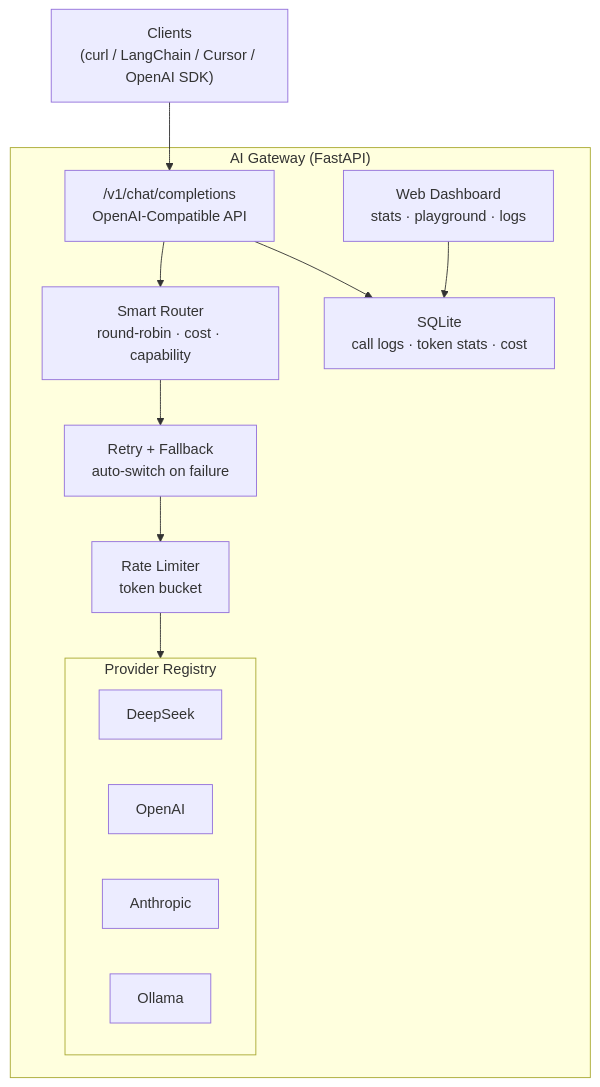
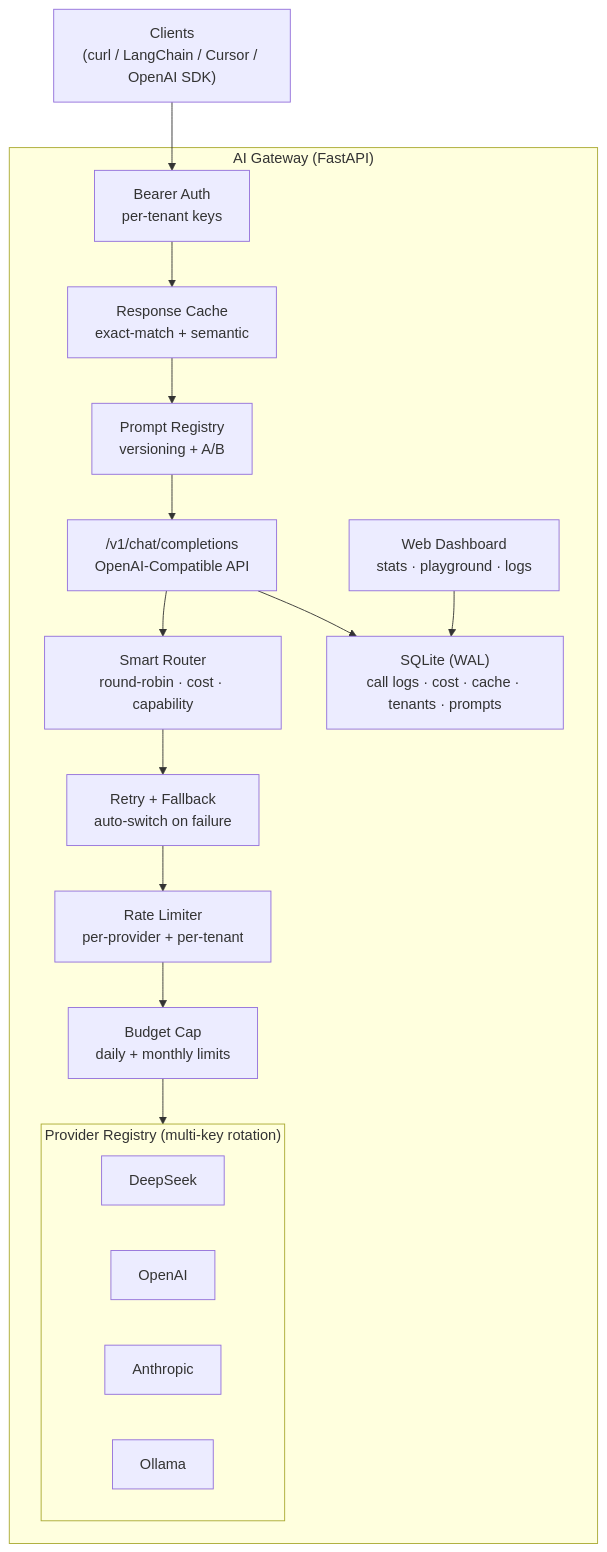
Before and after one commit to DNMCJH/ai-gateway: the diagram in README.md, drawn with Mermaid. The commit also changed other lines of this file and 1 other file, not shown here.

First line of the commit message:
docs: update README with all new features (cache, tenants, prompts, semantic)

````diff
--- a/README.md
+++ b/README.md
@@ -9,29 +9,37 @@
 ```mermaid
 graph TB
     Client["Clients<br/>(curl / LangChain / Cursor / OpenAI SDK)"]
     
     subgraph Gateway["AI Gateway (FastAPI)"]
+        Auth["Bearer Auth<br/>per-tenant keys"]
+        Cache["Response Cache<br/>exact-match + semantic"]
+        Prompt["Prompt Registry<br/>versioning + A/B"]
         API["/v1/chat/completions<br/>OpenAI-Compatible API"]
         Router["Smart Router<br/>round-robin · cost · capability"]
         Retry["Retry + Fallback<br/>auto-switch on failure"]
-        Limiter["Rate Limiter<br/>token bucket"]
+        Limiter["Rate Limiter<br/>per-provider + per-tenant"]
+        Budget["Budget Cap<br/>daily + monthly limits"]
         
-        subgraph Providers["Provider Registry"]
+        subgraph Providers["Provider Registry (multi-key rotation)"]
             DS[DeepSeek]
             OAI[OpenAI]
             Claude[Anthropic]
             Ollama[Ollama]
         end
         
-        DB["SQLite<br/>call logs · token stats · cost"]
+        DB["SQLite (WAL)<br/>call logs · cost · cache · tenants · prompts"]
         Dashboard["Web Dashboard<br/>stats · playground · logs"]
     end
     
-    Client --> API
+    Client --> Auth
+    Auth --> Cache
+    Cache --> Prompt
+    Prompt --> API
     API --> Router
     Router --> Retry
     Retry --> Limiter
-    Limiter --> Providers
+    Limiter --> Budget
+    Budget --> Providers
     API --> DB
     Dashboard --> DB
 ```
````
